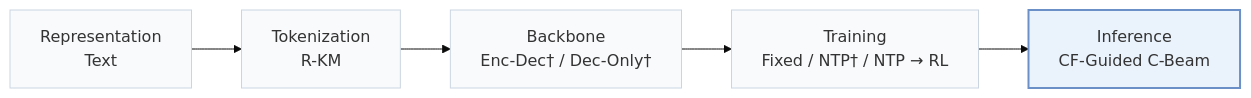
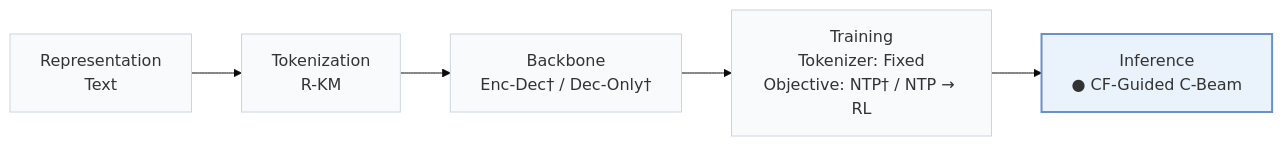
Before and after one commit to Galaxy-ghost/Awesome-SID-Generative-Rec: the first of 2 diagrams in pages/papers/tcbsa.md, drawn with Mermaid (base theme). The commit also changed other lines of this file and 558 other files, not shown here.

````diff
--- a/pages/papers/tcbsa.md
+++ b/pages/papers/tcbsa.md
@@ -15,8 +18,8 @@
 ```mermaid
 flowchart LR
-    R["Representation<br/>Text"] --> T["Tokenization<br/>R-KM"] --> B["Backbone<br/>Enc-Dec† / Dec-Only†"] --> TR["Training<br/>Fixed / NTP† / NTP → RL"] --> I["Inference<br/>CF-Guided C-Beam"]
+    R["Representation<br/>Text"] --> T["Tokenization<br/>R-KM"] --> B["Backbone<br/>Enc-Dec† / Dec-Only†"] --> TR["Training<br/>Tokenizer: Fixed<br/>Objective: NTP† / NTP → RL"] --> I["Inference<br/>● CF-Guided C-Beam"]
     classDef base fill:#f8fafc,stroke:#cbd5e1
     class R,T,B,TR,I base
     classDef main fill:#eaf2fb,stroke:#6b8fc7,stroke-width:2px
     class I main
 ```
````
